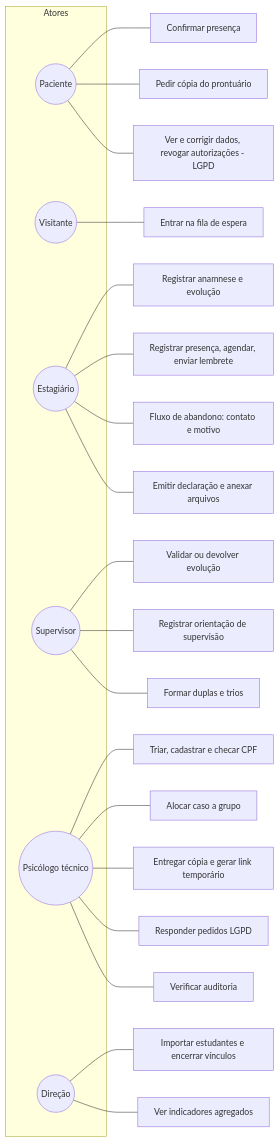
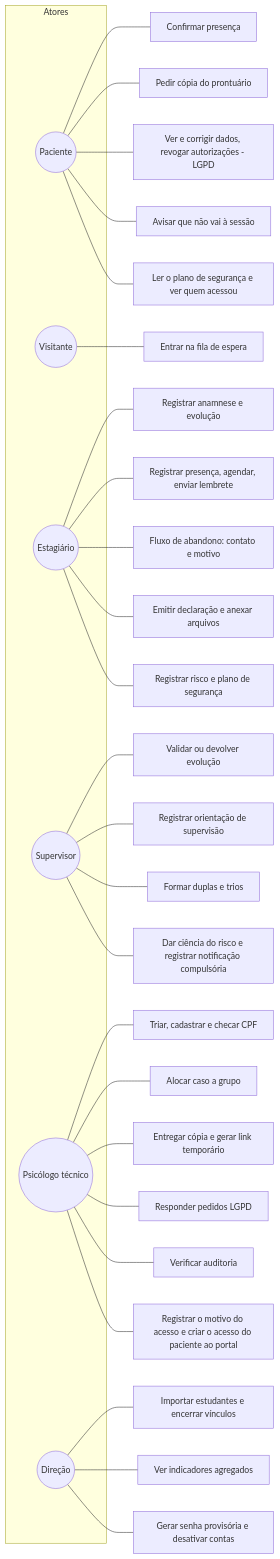
The third of 3 diagrams in docs/diagramas.md (isaacjesusjj/prontuario-eletronico), drawn with Mermaid before and after one commit. The commit also changed other lines of this file and 7 other files, not shown here.

First line of the commit message:
Documentação: README, CLAUDE.md, diagramas, LGPD, banco e roteiro em dia

````diff
--- a/docs/diagramas.md
+++ b/docs/diagramas.md
@@ -277,29 +331,35 @@
 ```mermaid
 flowchart LR
     subgraph Atores
       PA((Paciente))
       VI((Visitante))
       ES((Estagiário))
       SU((Supervisor))
       TE((Psicólogo técnico))
       DI((Direção))
     end
     VI --- U1[Entrar na fila de espera]
     PA --- U2[Confirmar presença]
     PA --- U3[Pedir cópia do prontuário]
     PA --- U4[Ver e corrigir dados, revogar autorizações - LGPD]
+    PA --- U19[Avisar que não vai à sessão]
+    PA --- U20[Ler o plano de segurança e ver quem acessou]
     ES --- U5[Registrar anamnese e evolução]
     ES --- U6[Registrar presença, agendar, enviar lembrete]
     ES --- U7[Fluxo de abandono: contato e motivo]
     ES --- U8[Emitir declaração e anexar arquivos]
+    ES --- U21[Registrar risco e plano de segurança]
     SU --- U9[Validar ou devolver evolução]
     SU --- U10[Registrar orientação de supervisão]
     SU --- U11[Formar duplas e trios]
+    SU --- U22[Dar ciência do risco e registrar notificação compulsória]
     TE --- U12[Triar, cadastrar e checar CPF]
     TE --- U13[Alocar caso a grupo]
     TE --- U14[Entregar cópia e gerar link temporário]
     TE --- U15[Responder pedidos LGPD]
     TE --- U16[Verificar auditoria]
+    TE --- U23[Registrar o motivo do acesso e criar o acesso do paciente ao portal]
     DI --- U17[Importar estudantes e encerrar vínculos]
     DI --- U18[Ver indicadores agregados]
+    DI --- U24[Gerar senha provisória e desativar contas]
 ```
````
